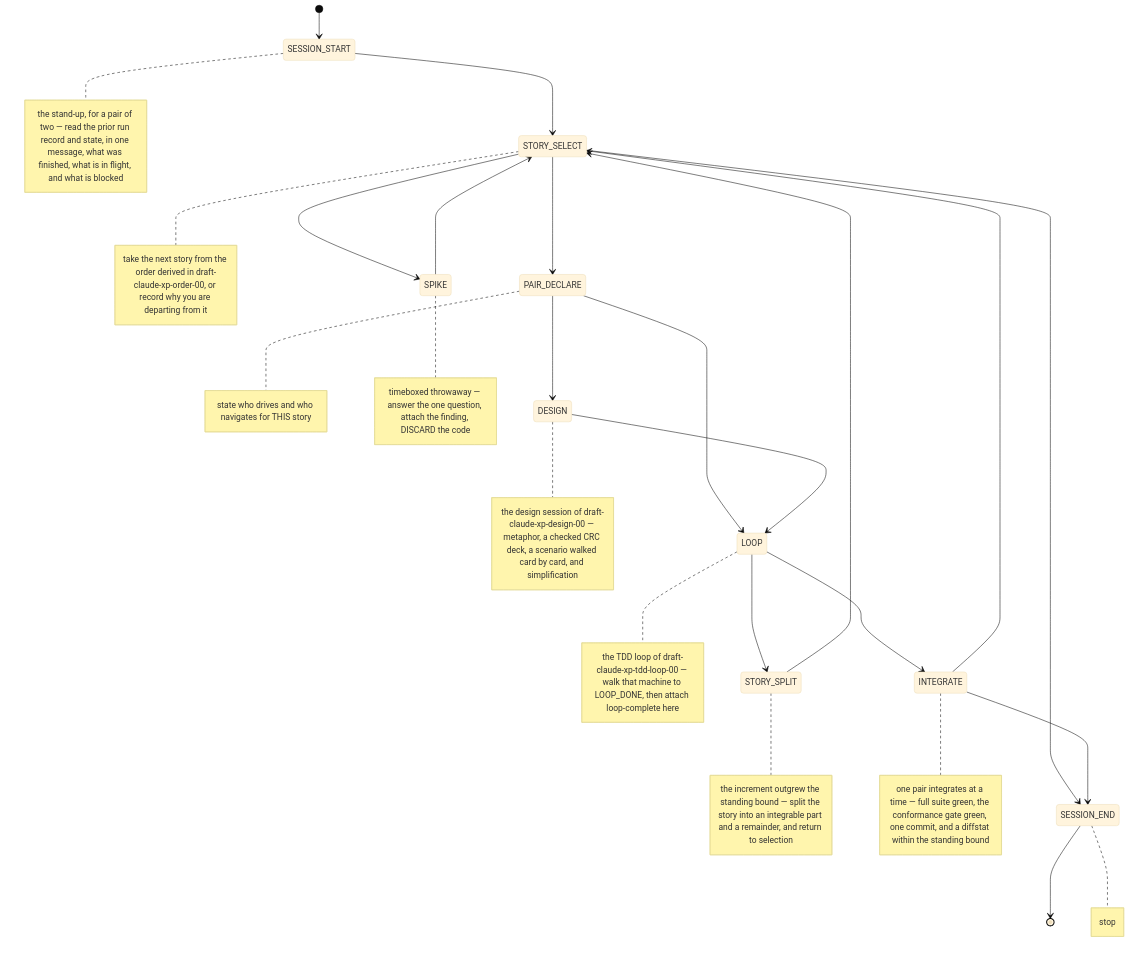
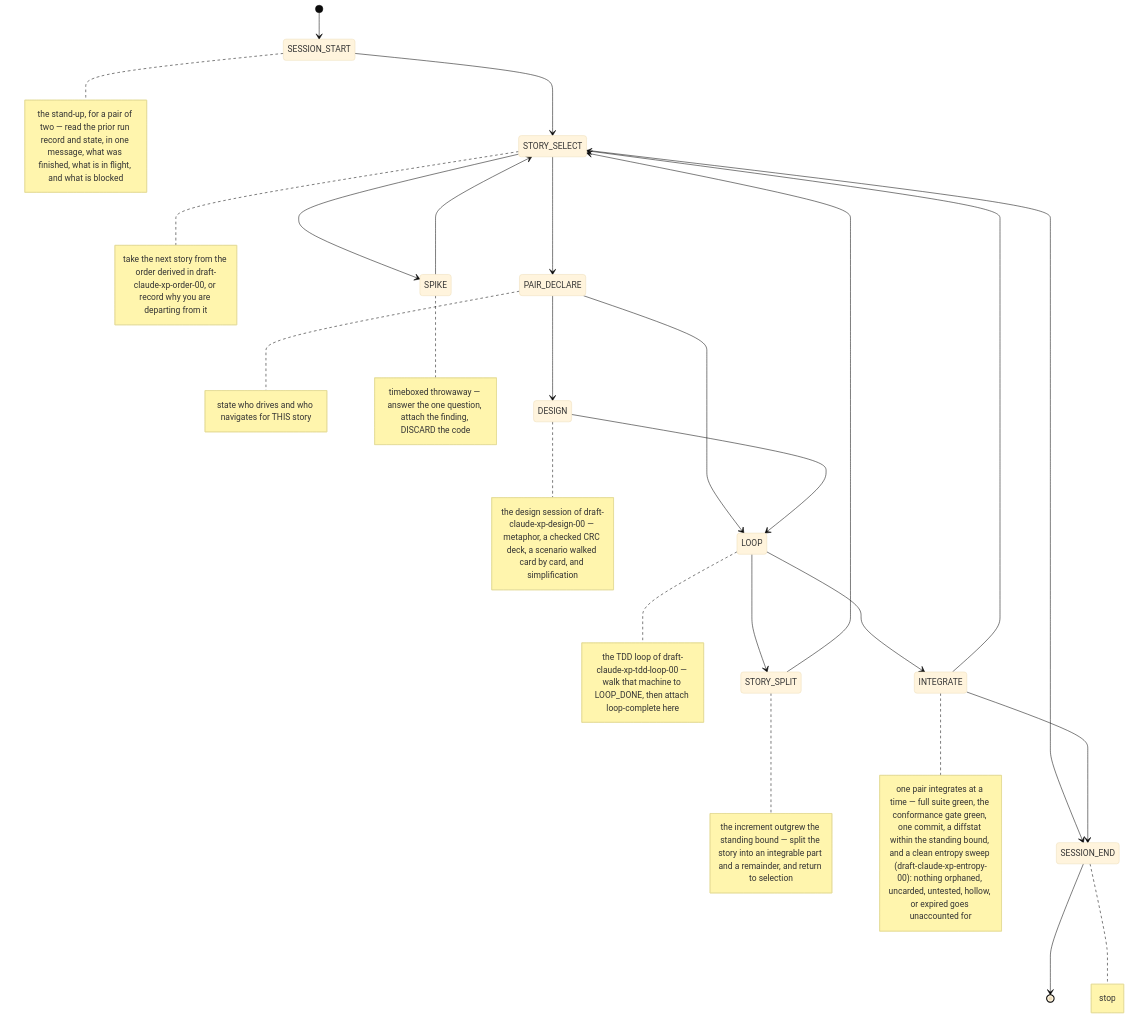
Before and after one commit to nnunley/llm-rfc-skill: the diagram in rfc/draft-claude-xp-pairing-00.md, drawn with Mermaid (base theme). The commit also changed other lines of this file and 12 other files, not shown here.

First line of the commit message:
feat(xp): derive grooming, sweep for entropy, detect slop signatures

````diff
--- a/rfc/draft-claude-xp-pairing-00.md
+++ b/rfc/draft-claude-xp-pairing-00.md
@@ -127,45 +127,45 @@
 ```mermaid
 stateDiagram-v2
     [*] --> SESSION_START
     SESSION_START --> STORY_SELECT
     STORY_SELECT --> PAIR_DECLARE
     STORY_SELECT --> SPIKE
     STORY_SELECT --> SESSION_END
     SPIKE --> STORY_SELECT
     PAIR_DECLARE --> LOOP
     PAIR_DECLARE --> DESIGN
     DESIGN --> LOOP
     LOOP --> INTEGRATE
     LOOP --> STORY_SPLIT
     STORY_SPLIT --> STORY_SELECT
     INTEGRATE --> STORY_SELECT
     INTEGRATE --> SESSION_END
     SESSION_END --> [*]
     note right of DESIGN
         the design session of draft-claude-xp-design-00 — metaphor, a checked CRC deck, a scenario walked card by card, and simplification
     end note
     note right of STORY_SPLIT
         the increment outgrew the standing bound — split the story into an integrable part and a remainder, and return to selection
     end note
     note right of SESSION_END
         stop
     end note
     note right of LOOP
         the TDD loop of draft-claude-xp-tdd-loop-00 — walk that machine to LOOP_DONE, then attach loop-complete here
     end note
     note right of PAIR_DECLARE
         state who drives and who navigates for THIS story
     end note
     note right of INTEGRATE
-        one pair integrates at a time — full suite green, the conformance gate green, one commit, and a diffstat within the standing bound
+        one pair integrates at a time — full suite green, the conformance gate green, one commit, a diffstat within the standing bound, and a clean entropy sweep (draft-claude-xp-entropy-00): nothing orphaned, uncarded, untested, hollow, or expired goes unaccounted for
     end note
     note right of SPIKE
         timeboxed throwaway — answer the one question, attach the finding, DISCARD the code
     end note
     note right of SESSION_START
         the stand-up, for a pair of two — read the prior run record and state, in one message, what was finished, what is in flight, and what is blocked
     end note
     note right of STORY_SELECT
         take the next story from the order derived in draft-claude-xp-order-00, or record why you are departing from it
     end note
 ```
````
